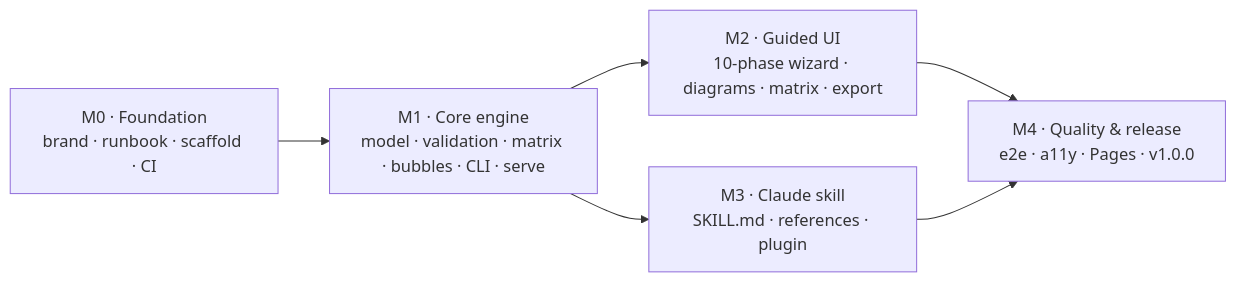
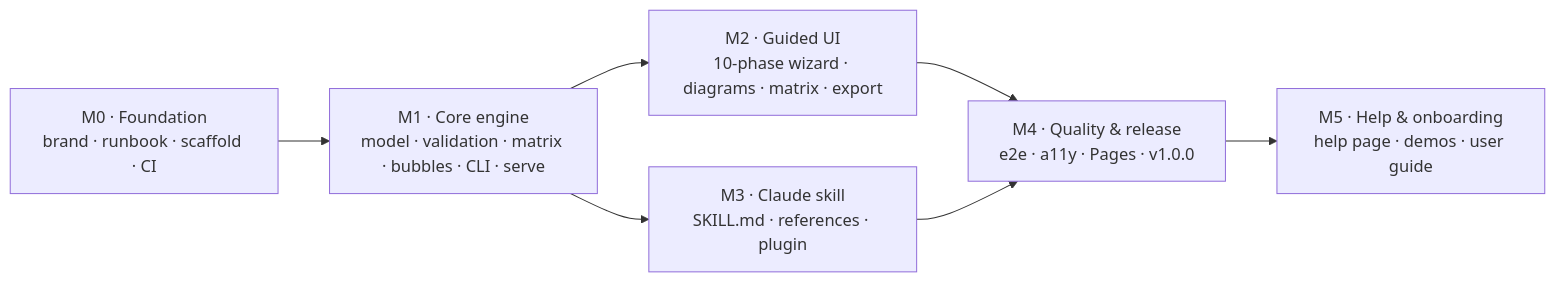
The diagram in docs/ROADMAP.md (kristinnthor/Kimball-designer), drawn with Mermaid before and after one commit. The commit also changed other lines of this file and 35 other files, not shown here.

First line of the commit message:
feat(help): Help page, guided demos and user guide (#45, #46, #47) (#48)

````diff
--- a/docs/ROADMAP.md
+++ b/docs/ROADMAP.md
@@ -5,8 +5,9 @@
 ```mermaid
 flowchart LR
   M0[M0 · Foundation<br/>brand · runbook · scaffold · CI] --> M1[M1 · Core engine<br/>model · validation · matrix · bubbles · CLI · serve]
   M1 --> M2[M2 · Guided UI<br/>10-phase wizard · diagrams · matrix · export]
   M1 --> M3[M3 · Claude skill<br/>SKILL.md · references · plugin]
   M2 --> M4[M4 · Quality & release<br/>e2e · a11y · Pages · v1.0.0]
   M3 --> M4
+  M4 --> M5[M5 · Help & onboarding<br/>help page · demos · user guide]
 ```
````
